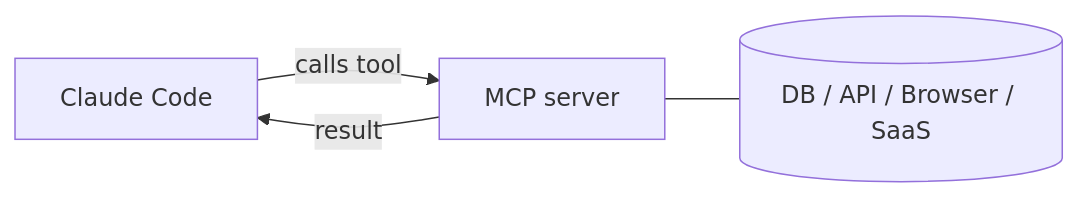
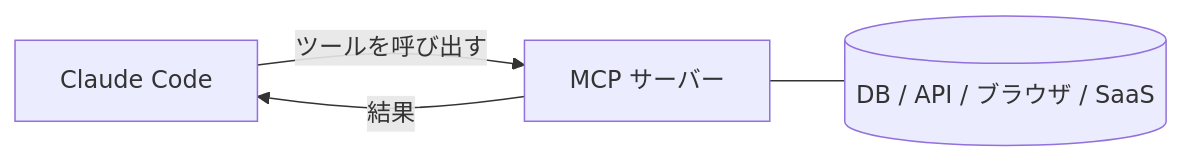
Before and after one commit to derob98/ailmanac: the diagram in i18n/ja/docusaurus-plugin-content-docs/current/claude-code/mcp.mdx, drawn with Mermaid. The commit also changed other lines of this file and 43 other files, not shown here.

````diff
--- a/i18n/ja/docusaurus-plugin-content-docs/current/claude-code/mcp.mdx
+++ b/i18n/ja/docusaurus-plugin-content-docs/current/claude-code/mcp.mdx
@@ -17,6 +17,6 @@
 ```mermaid
 flowchart LR
-  CC[Claude Code] -- calls tool --> S[MCP server]
-  S -- result --> CC
-  S --- D[(DB / API / Browser / SaaS)]
+  CC[Claude Code] -- ツールを呼び出す --> S[MCP サーバー]
+  S -- 結果 --> CC
+  S --- D[(DB / API / ブラウザ / SaaS)]
 ```
````
